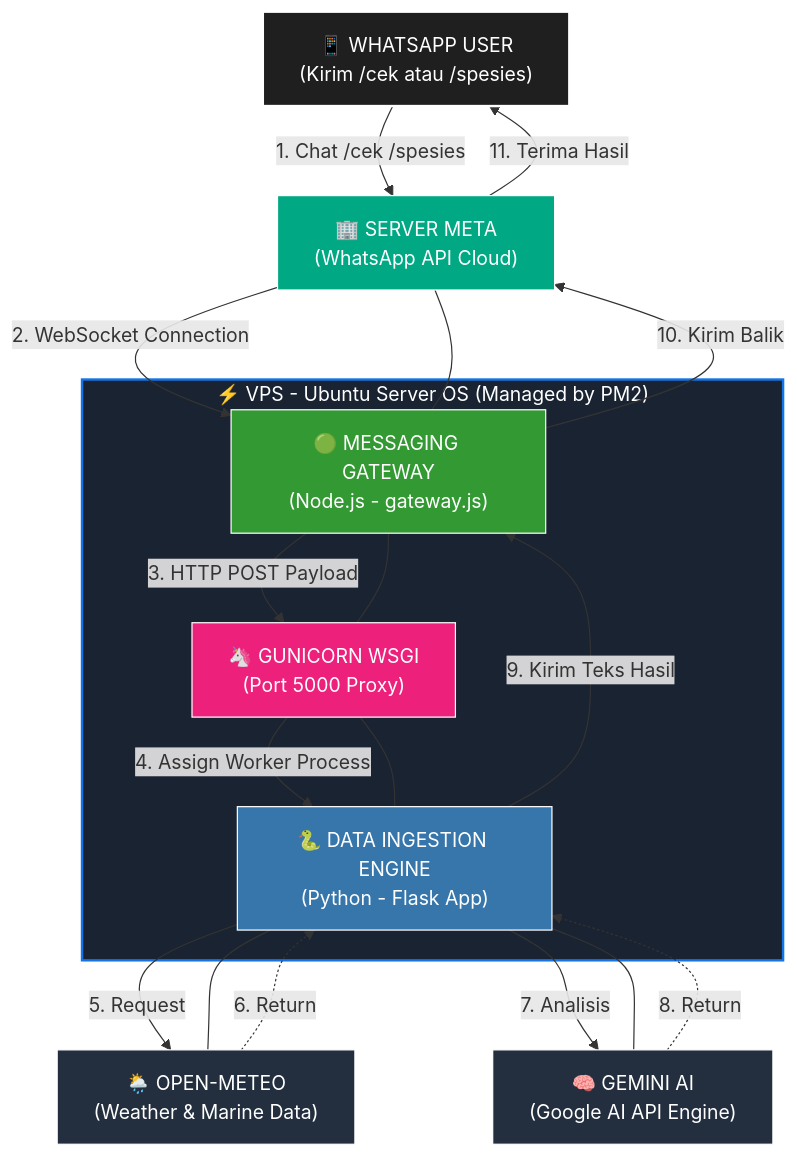
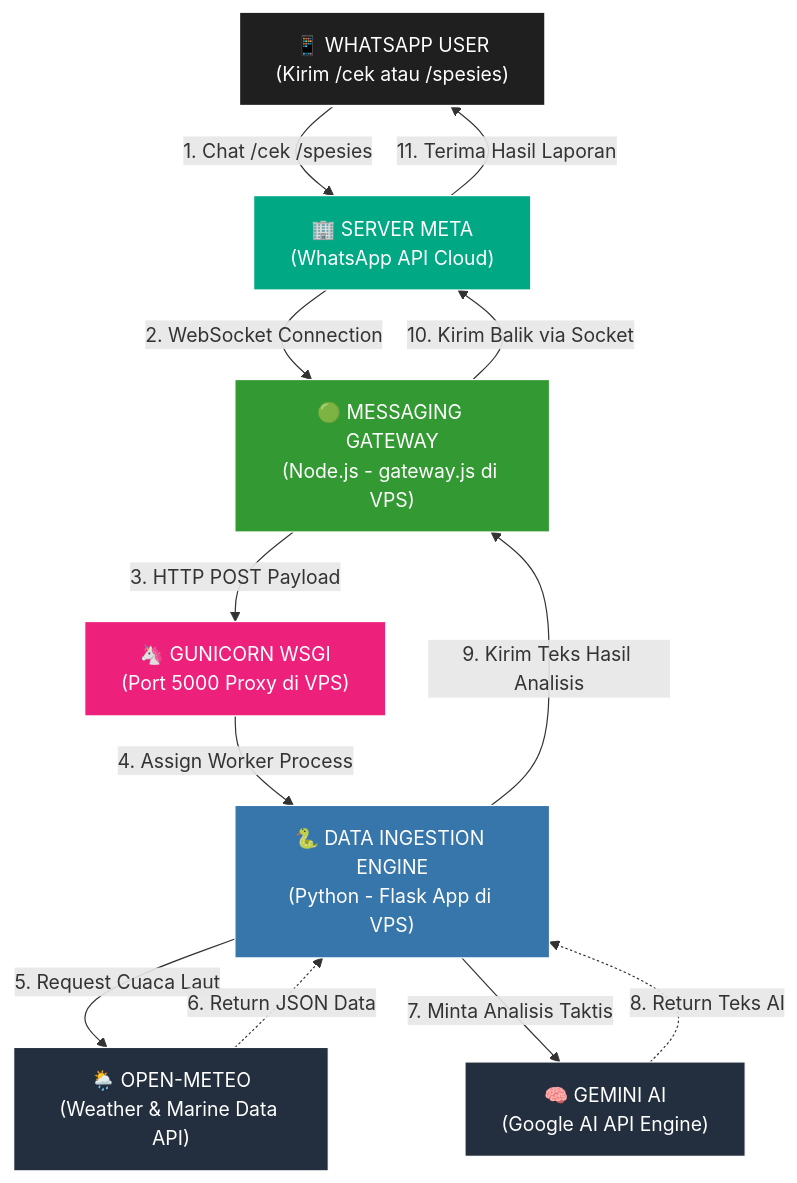
Before and after one commit to AdienDendra/architect-web: the diagram in content.id/projects/bot-fishing.md, drawn with Mermaid.

```diff
--- a/content.id/projects/bot-fishing.md
+++ b/content.id/projects/bot-fishing.md
@@ -60,53 +60,38 @@
 {{< mermaid >}}
+
 graph TD
-    %% Define Styles
+    %% Define Styles (Tema Dark Mode Portofolio)
     classDef user fill:#1f1f1f,stroke:#fff,stroke-width:2px,color:#fff;
     classDef meta fill:#00a884,stroke:#fff,stroke-width:1px,color:#fff;
     classDef nodejs fill:#339933,stroke:#fff,stroke-width:1px,color:#fff;
     classDef guni fill:#ed217c,stroke:#fff,stroke-width:1px,color:#fff;
     classDef python fill:#3776AB,stroke:#fff,stroke-width:1px,color:#fff;
     classDef external fill:#232F3E,stroke:#fff,stroke-width:1px,color:#fff;
 
-    %% --- LEVEL 1: EXTERNAL ACTORS (ATAS) ---
+    %% --- SUSUNAN NODE LURUS SATU KOLOM ---
     User["📱 WHATSAPP USER<br>(Kirim /cek atau /spesies)"]:::user
     Meta["🏢 SERVER META<br>(WhatsApp API Cloud)"]:::meta
-
-    %% --- LEVEL 2: COMPONENT DI DALAM VPS (TENGAH) ---
-    subgraph VPS ["⚡ VPS - Ubuntu Server OS (Managed by PM2)"]
-        NodeApp["🟢 MESSAGING GATEWAY<br>(Node.js - gateway.js)"]:::nodejs
-        GuniMaster["🦄 GUNICORN WSGI<br>(Port 5000 Proxy)"]:::guni
-        MainPy["🐍 DATA INGESTION ENGINE<br>(Python - Flask App)"]:::python
-    end
-
-    %% --- LEVEL 3: EXTERNAL API (BAWAH) ---
-    BOM["🌦️ OPEN-METEO<br>(Weather & Marine Data)"]:::external
+    NodeApp["🟢 MESSAGING GATEWAY<br>(Node.js - gateway.js di VPS)"]:::nodejs
+    GuniMaster["🦄 GUNICORN WSGI<br>(Port 5000 Proxy di VPS)"]:::guni
+    MainPy["🐍 DATA INGESTION ENGINE<br>(Python - Flask App di VPS)"]:::python
+    BOM["🌦️ OPEN-METEO<br>(Weather & Marine Data API)"]:::external
     Gemini["🧠 GEMINI AI<br>(Google AI API Engine)"]:::external
 
-    %% === FLOW UTUH TEGAK LURUS (1 JALUR LURUS KE BAWAH) ===
+    %% === FLOW ALUR MASUK (LURUS VERTIKAL KE BAWAH) ===
     User -->|1. Chat /cek /spesies| Meta
     Meta -->|2. WebSocket Connection| NodeApp
     NodeApp -->|3. HTTP POST Payload| GuniMaster
     GuniMaster -->|4. Assign Worker Process| MainPy
     
-    %% Tembakan API di level paling bawah
-    MainPy -->|5. Request| BOM
-    BOM -.->|6. Return| MainPy
-    MainPy -->|7. Analisis| Gemini
-    Gemini -.->|8. Return| MainPy
+    %% === INTERAKSI API DI LEVEL BAWAH ===
+    MainPy -->|5. Request Cuaca Laut| BOM
+    BOM -.->|6. Return JSON Data| MainPy
+    MainPy -->|7. Minta Analisis Taktis| Gemini
+    Gemini -.->|8. Return Teks AI| MainPy
     
-    %% JALUR PULANG (Dipaksa lurus naik ke atas lewat tengah)
-    MainPy -->|9. Kirim Teks Hasil| NodeApp
-    NodeApp -->|10. Kirim Balik| Meta
-    Meta -->|11. Terima Hasil| User
-
-    %% FORCE ALIGNMENT MECHANISM (Mengunci semua komponen agar berbaris satu kolom)
-    Meta --- NodeApp
-    NodeApp --- GuniMaster
-    GuniMaster --- MainPy
-    MainPy --- BOM
-    MainPy --- Gemini
-
-    %% Assign Subgraph Style
-    style VPS fill:#1a2332,stroke:#1473e6,stroke-width:2px,color:#fff
+    %% === FLOW ALUR KELUAR (LURUS KEMBALI NAIK KE ATAS) ===
+    MainPy -->|9. Kirim Teks Hasil Analisis| NodeApp
+    NodeApp -->|10. Kirim Balik via Socket| Meta
+    Meta -->|11. Terima Hasil Laporan| User
 
 {{< /mermaid >}}
```
